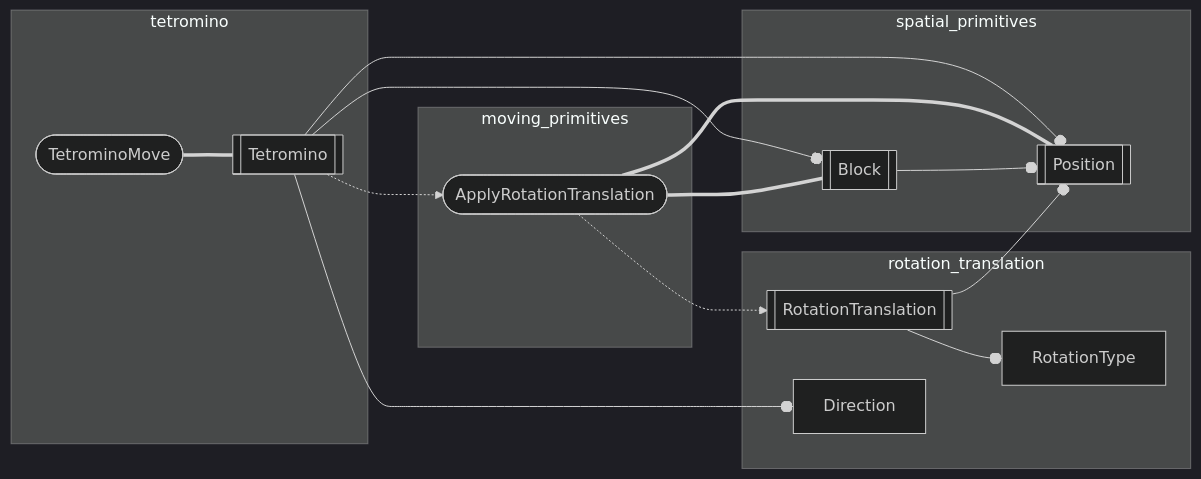
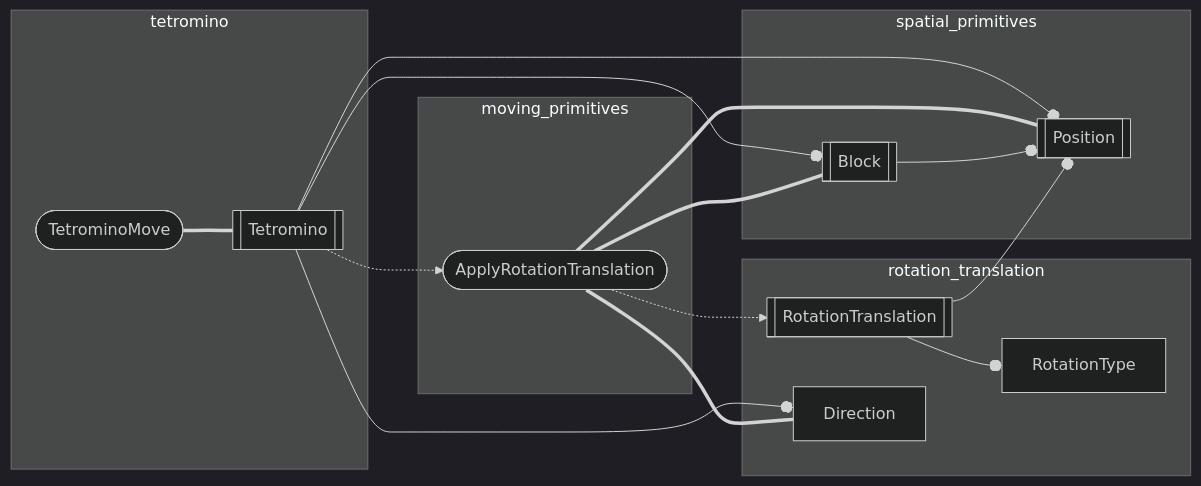
One commit to inesvar/tetris changed the diagram in src/app/player/back_end/flowgraph.md. Above: the diagram before and after it, drawn with Mermaid (dark theme). The commit also changed 7 other files, not shown here.

````diff
--- a/src/app/player/back_end/flowgraph.md
+++ b/src/app/player/back_end/flowgraph.md
@@ -3,43 +3,43 @@
 ```mermaid
 graph LR
     %% objects
     Position[[Position]]
     Block[[Block]]
     RotationTranslation[[RotationTranslation]]
     RotationType[RotationType]
     Direction[Direction]
     ApplyRotationTranslation([ApplyRotationTranslation])
     Tetromino[[Tetromino]]
     TetrominoMove([TetrominoMove])
 
     %% modules
     spatial_primitives[spatial_primitives]
     rotation_translation[rotation_translation]
     moving_primitives[moving_primitives]
     tetromino[tetromino]
 
     subgraph spatial_primitives
         Block --o Position
     end
 
     subgraph rotation_translation
         RotationTranslation --o RotationType
         Direction
     end
 
     RotationTranslation --o Position
 
     subgraph moving_primitives
         ApplyRotationTranslation
     end
 
-    ApplyRotationTranslation === Position & Block
+    ApplyRotationTranslation === Position & Block & Direction
     ApplyRotationTranslation -.-> RotationTranslation
 
     subgraph tetromino
         TetrominoMove === Tetromino
     end
 
     Tetromino --o Position & Block & Direction
     Tetromino -.-> ApplyRotationTranslation
 ```
````
